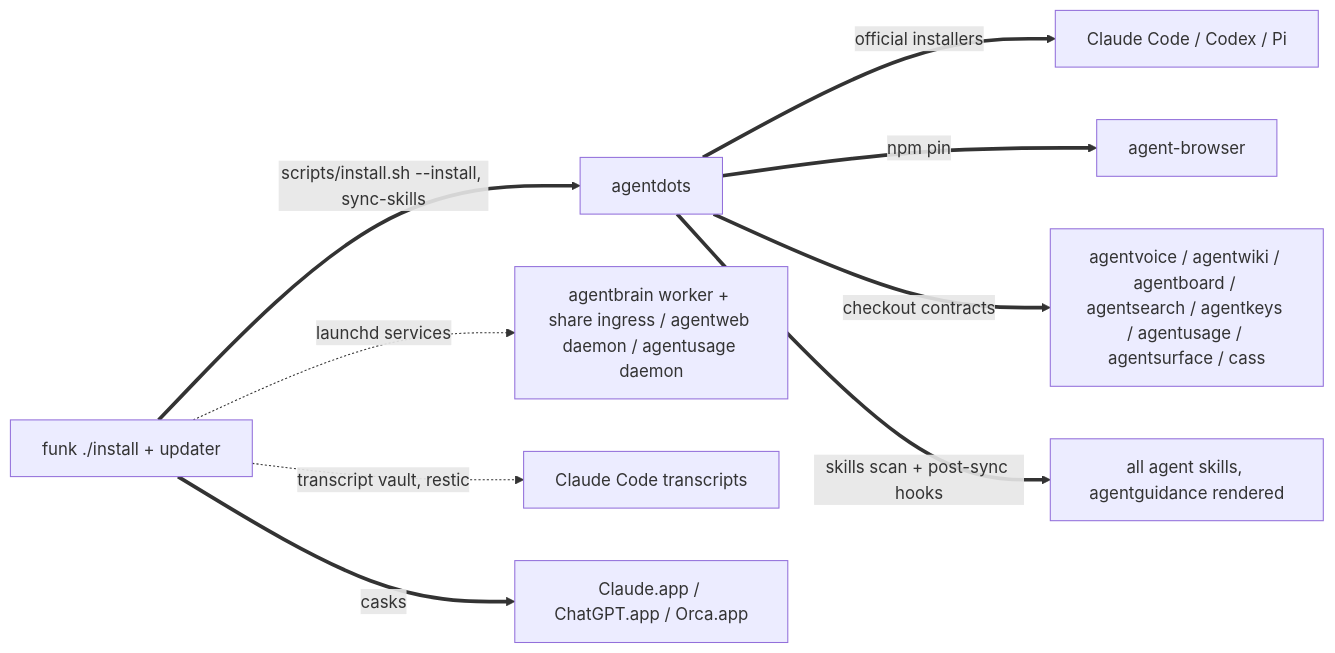
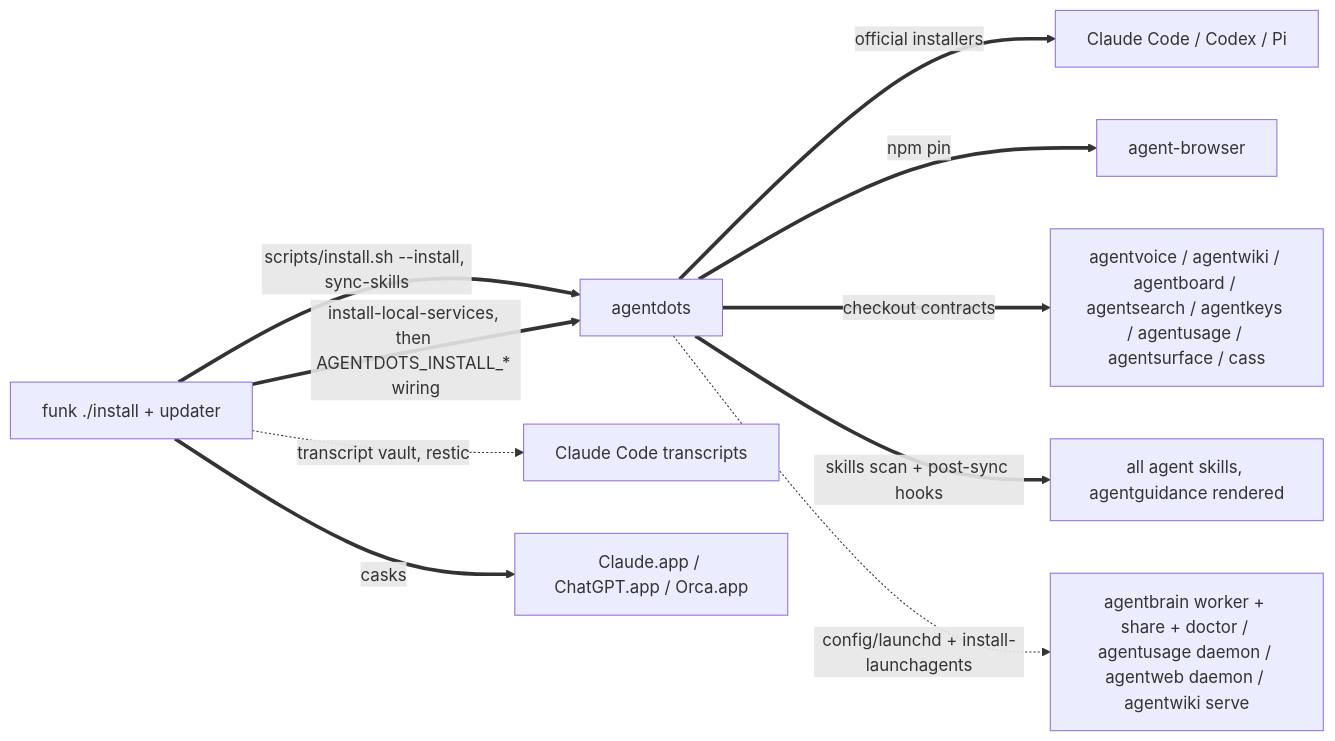
The second of 3 diagrams in skills/fleet/MAP.md (possibilities/agentdots), drawn with Mermaid before and after one commit. The commit also changed other lines of this file, not shown here.

````diff
--- a/skills/fleet/MAP.md
+++ b/skills/fleet/MAP.md
@@ -67,14 +68,15 @@
 ```mermaid
 flowchart LR
     funk[funk ./install + updater]
     dots[agentdots]
 
     funk ==>|scripts/install.sh --install, sync-skills| dots
     dots ==>|official installers| harnesses[Claude Code / Codex / Pi]
     dots ==>|npm pin| browser[agent-browser]
     dots ==>|checkout contracts| fleet[agentvoice / agentwiki / agentboard / agentsearch / agentkeys / agentusage / agentsurface / cass]
     dots ==>|skills scan + post-sync hooks| skills[all agent skills, agentguidance rendered]
-    funk -.->|launchd services| services[agentbrain worker + share ingress / agentweb daemon / agentusage daemon]
+    funk ==>|install-local-services, then AGENTDOTS_INSTALL_* wiring| dots
+    dots -.->|config/launchd + install-launchagents| services[agentbrain worker + share + doctor / agentusage daemon / agentweb daemon / agentwiki serve]
     funk -.->|transcript vault, restic| claudeData[Claude Code transcripts]
     funk ==>|casks| apps[Claude.app / ChatGPT.app / Orca.app]
 ```
````
